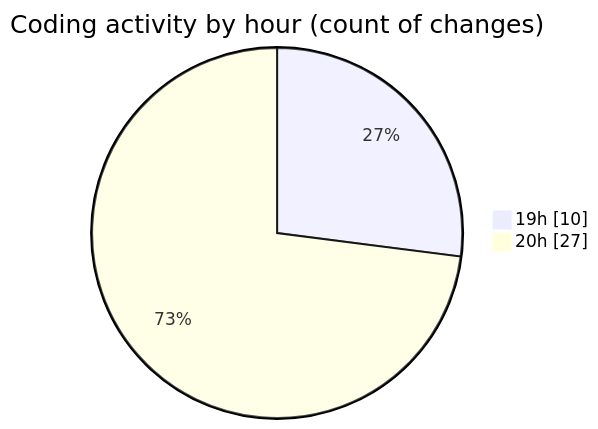
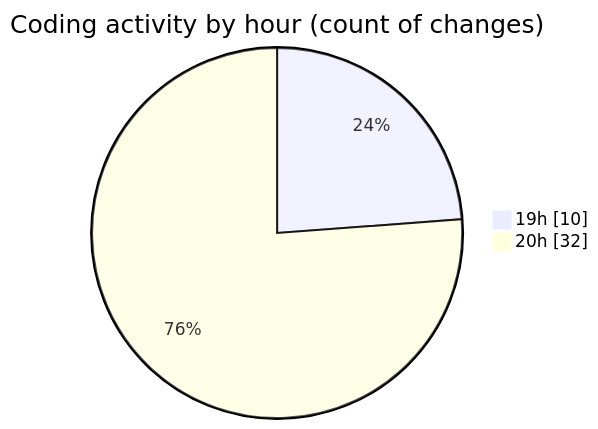
One commit to charlie-sans/code-tracking changed the second of 2 diagrams in 2025-01-28/trollerboard/README.md. Above: the diagram before and after it, drawn with Mermaid. The commit also changed other lines of this file and 1 other file, not shown here.

````diff
--- a/2025-01-28/trollerboard/README.md
+++ b/2025-01-28/trollerboard/README.md
@@ -37,6 +37,6 @@
 ```mermaid
 pie showData
 title Coding activity by hour (count of changes)
 "19h" : 10
-"20h" : 27
+"20h" : 32
 ```
````
